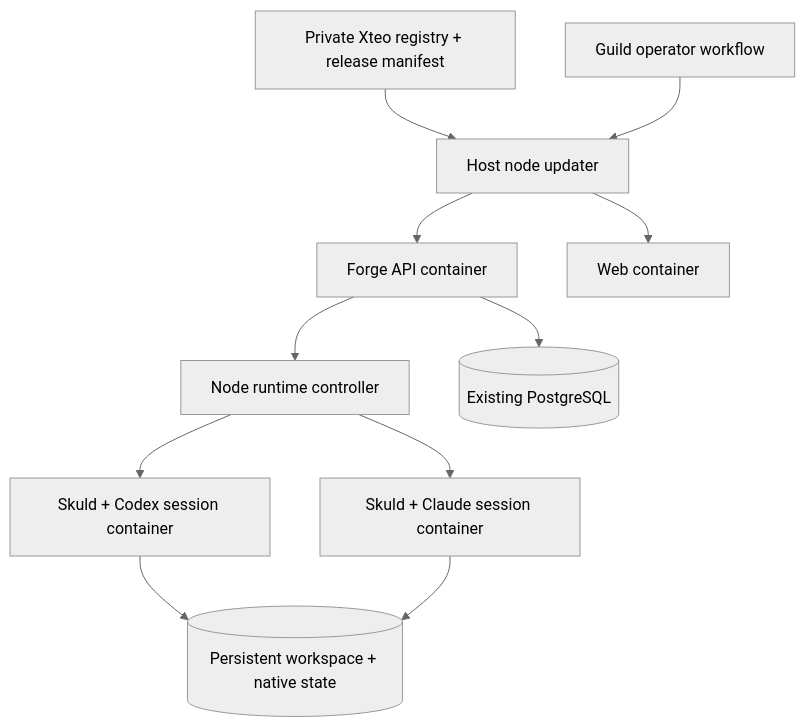
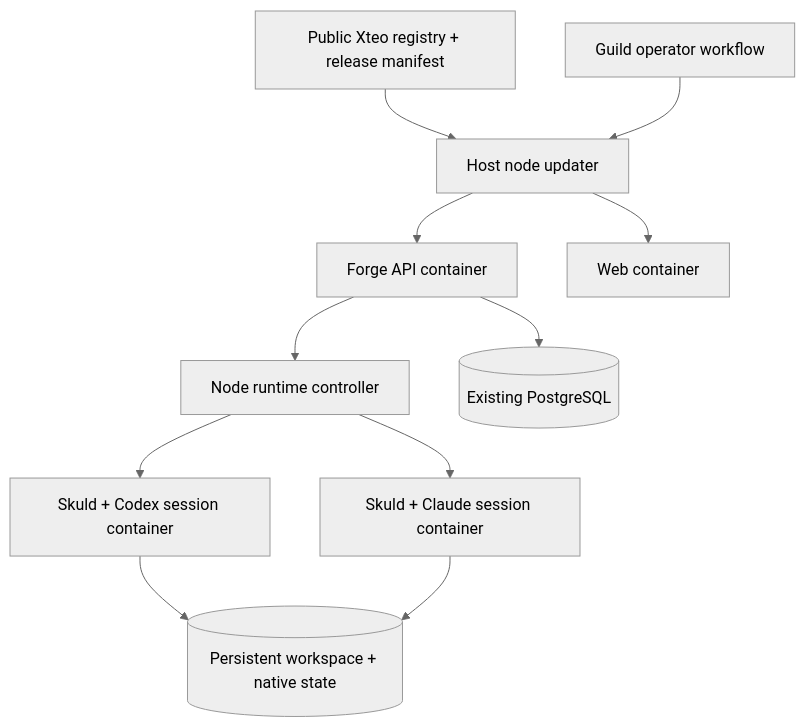
The diagram in docs/forge/fleet-container-deployment-design.md (xteo/niuu), drawn with Mermaid (neutral theme) before and after one commit. The commit also changed other lines of this file and 117 other files, not shown here.

Commit message:
build(forge): curate public source and package the unified host

````diff
--- a/docs/forge/fleet-container-deployment-design.md
+++ b/docs/forge/fleet-container-deployment-design.md
@@ -53,13 +52,13 @@
 ```mermaid
 flowchart TB
-    Registry[Private Xteo registry + release manifest] --> Updater[Host node updater]
+    Registry[Public Xteo registry + release manifest] --> Updater[Host node updater]
     Guild[Guild operator workflow] --> Updater
     Updater --> API[Forge API container]
     Updater --> Web[Web container]
     API --> Runtime[Node runtime controller]
     Runtime --> C[Skuld + Codex session container]
     Runtime --> A[Skuld + Claude session container]
     API --> DB[(Existing PostgreSQL)]
     C --> Disk[(Persistent workspace + native state)]
     A --> Disk
 ```
````
